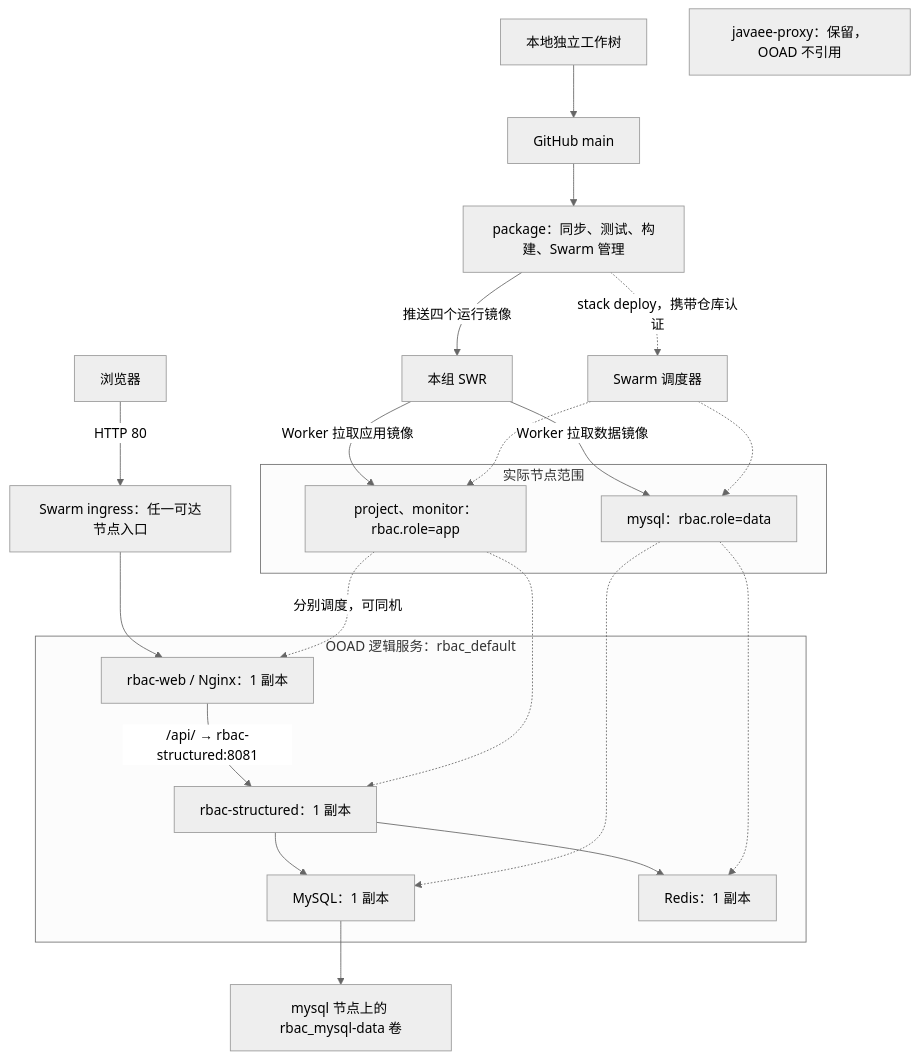
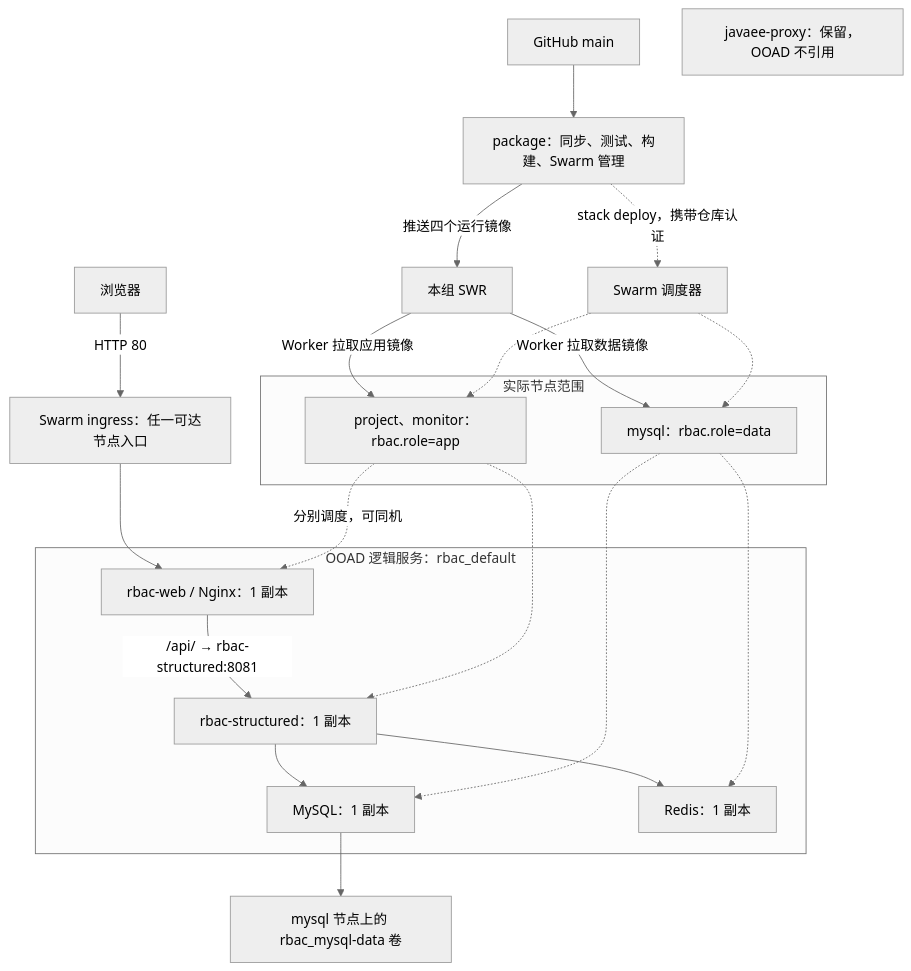
The diagram in docs/17-deployment-handoff.md (vintcessun/OOAD), drawn with Mermaid (neutral theme) before and after one commit. The commit also changed other lines of this file, not shown here.

````diff
--- a/docs/17-deployment-handoff.md
+++ b/docs/17-deployment-handoff.md
@@ -11,34 +11,33 @@
 ```mermaid
 flowchart TB
-    Dev["本地独立工作树"] --> GitHub["GitHub main"]
-    GitHub --> Package["package：同步、测试、构建、Swarm 管理"]
+    GitHub["GitHub main"] --> Package["package：同步、测试、构建、Swarm 管理"]
     Package -->|"推送四个运行镜像"| SWR["本组 SWR"]
     Package -.->|"stack deploy，携带仓库认证"| Scheduler["Swarm 调度器"]
 
     subgraph Nodes["实际节点范围"]
         AppPool["project、monitor：rbac.role=app"]
         DataNode["mysql：rbac.role=data"]
     end
     SWR -->|"Worker 拉取应用镜像"| AppPool
     SWR -->|"Worker 拉取数据镜像"| DataNode
     Scheduler -.-> AppPool
     Scheduler -.-> DataNode
 
     Browser["浏览器"] -->|"HTTP 80"| Ingress["Swarm ingress：任一可达节点入口"]
     subgraph Network["OOAD 逻辑服务：rbac_default"]
         Web["rbac-web / Nginx：1 副本"]
         API["rbac-structured：1 副本"]
         DB["MySQL：1 副本"]
         Redis["Redis：1 副本"]
         Web -->|"/api/ → rbac-structured:8081"| API
         API --> DB
         API --> Redis
     end
     Ingress --> Web
     AppPool -.->|"分别调度，可同机"| Web
     AppPool -.-> API
     DataNode -.-> DB
     DataNode -.-> Redis
     DB --> Volume["mysql 节点上的 rbac_mysql-data 卷"]
     Existing["javaee-proxy：保留，OOAD 不引用"]
 ```
````
